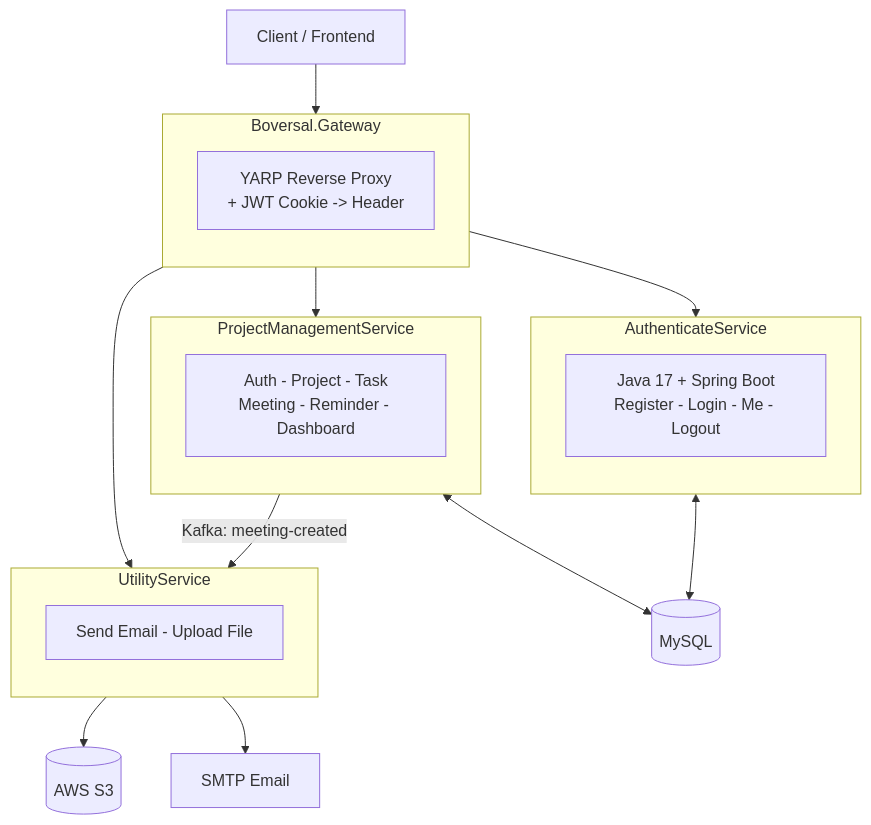
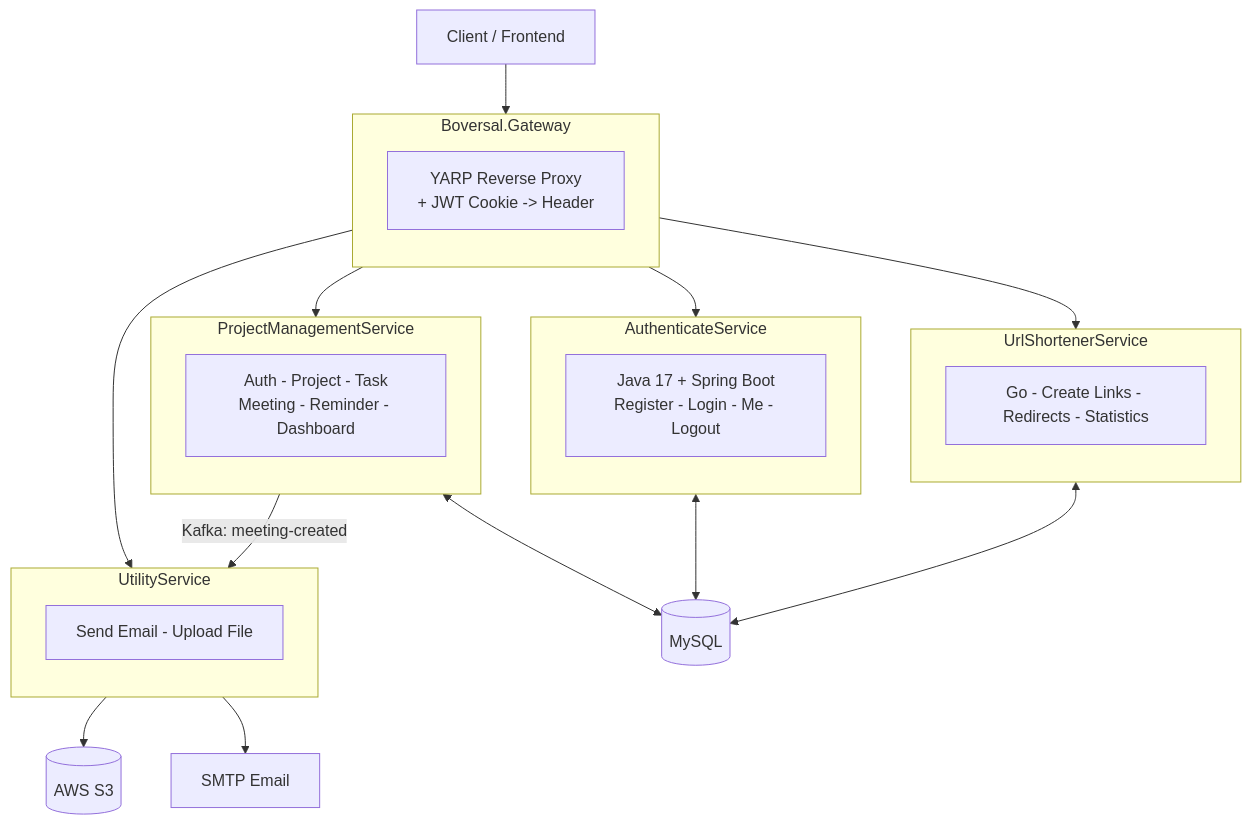
One commit to LeHuyVuu/boversal-backend changed the diagram in README.md. Above: the diagram before and after it, drawn with Mermaid. The commit also changed other lines of this file and 9 other files, not shown here.

Commit message:
feat: Add URL shortener service with Docker support and API endpoints

````diff
--- a/README.md
+++ b/README.md
@@ -43,36 +45,43 @@
 ```mermaid
 flowchart TB
     Client["Client / Frontend"]
 
     Client --> GW
 
     subgraph GW["Boversal.Gateway"]
         direction TB
         G1["YARP Reverse Proxy\n+ JWT Cookie -> Header"]
     end
 
     GW --> PMS
     GW --> UTS
     GW --> ATS
+    GW --> URLS
 
     subgraph ATS["AuthenticateService"]
         direction TB
         A1["Java 17 + Spring Boot\nRegister - Login - Me - Logout"]
     end
 
     subgraph PMS["ProjectManagementService"]
         direction TB
         P1["Auth - Project - Task\nMeeting - Reminder - Dashboard"]
     end
 
     subgraph UTS["UtilityService"]
         direction TB
         U1["Send Email - Upload File"]
     end
 
+    subgraph URLS["UrlShortenerService"]
+        direction TB
+        S1["Go - Create Links - Redirects - Statistics"]
+    end
+
     PMS <--> DB[("MySQL")]
     ATS <--> DB
+    URLS <--> DB
     PMS -- "Kafka: meeting-created" --> UTS
     UTS --> S3[("AWS S3")]
     UTS --> Mail["SMTP Email"]
 ```
````
